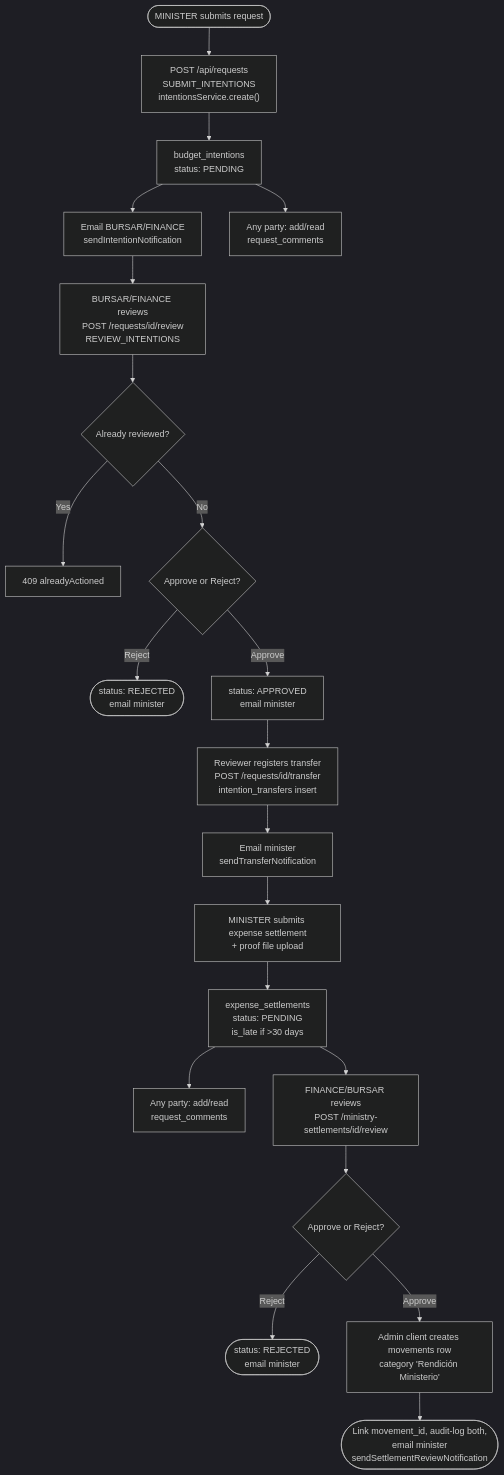
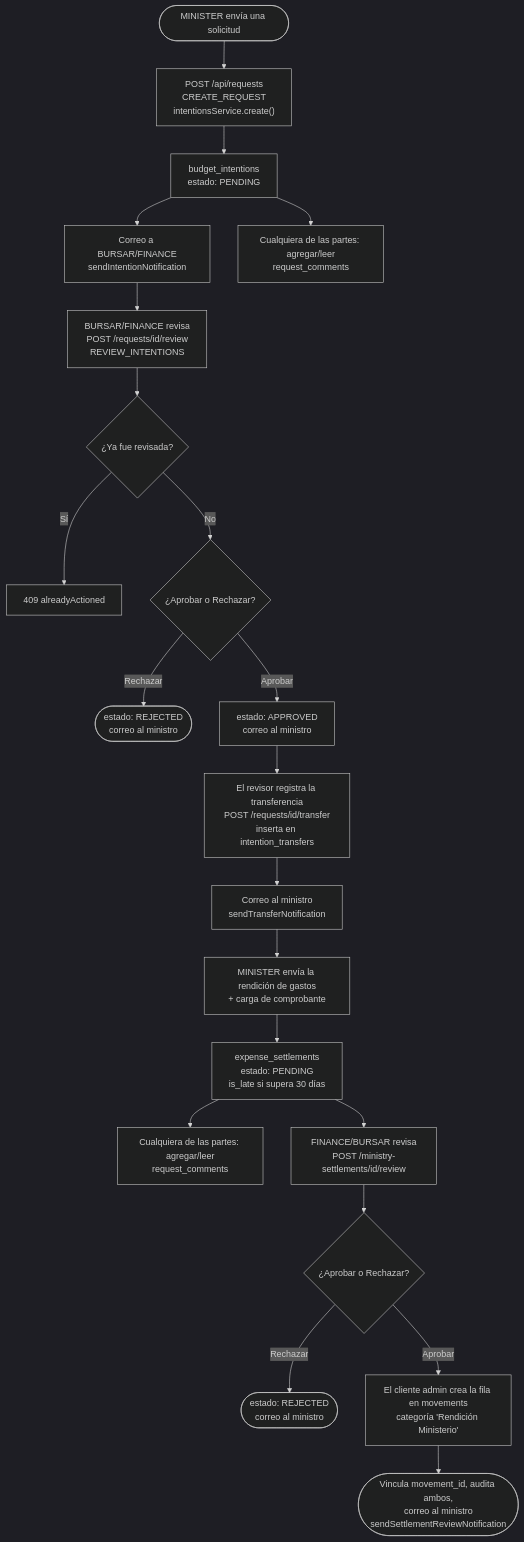
Before and after one commit to Torfel0312/sistema_contable_pibt: the diagram in docs/diagrams/03-requests-flow.md, drawn with Mermaid (dark theme). The commit also changed other lines of this file and 11 other files, not shown here.

Commit message:
docs: refresh roles/permissions/auth docs and translate diagrams to Spanish (#83)

````diff
--- a/docs/diagrams/03-requests-flow.md
+++ b/docs/diagrams/03-requests-flow.md
@@ -3,23 +3,23 @@
 ```mermaid
 flowchart TD
-    A([MINISTER submits request]) --> B["POST /api/requests<br/>SUBMIT_INTENTIONS<br/>intentionsService.create()"]
-    B --> C[budget_intentions<br/>status: PENDING]
-    C --> D[Email BURSAR/FINANCE<br/>sendIntentionNotification]
-    C --> Z1[Any party: add/read<br/>request_comments]
-    D --> E["BURSAR/FINANCE reviews<br/>POST /requests/id/review<br/>REVIEW_INTENTIONS"]
-    E --> F{Already reviewed?}
-    F -->|Yes| G[409 alreadyActioned]
-    F -->|No| H{Approve or Reject?}
-    H -->|Reject| I([status: REJECTED<br/>email minister])
-    H -->|Approve| J[status: APPROVED<br/>email minister]
-    J --> K["Reviewer registers transfer<br/>POST /requests/id/transfer<br/>intention_transfers insert"]
-    K --> L[Email minister<br/>sendTransferNotification]
-    L --> M[MINISTER submits expense settlement<br/>+ proof file upload]
-    M --> N["expense_settlements<br/>status: PENDING<br/>is_late if >30 days"]
-    N --> Z2[Any party: add/read<br/>request_comments]
-    N --> O["FINANCE/BURSAR reviews<br/>POST /ministry-settlements/id/review"]
-    O --> P{Approve or Reject?}
-    P -->|Reject| Q([status: REJECTED<br/>email minister])
-    P -->|Approve| R[Admin client creates movements row<br/>category 'Rendición Ministerio']
-    R --> S([Link movement_id, audit-log both,<br/>email minister<br/>sendSettlementReviewNotification])
+    A(["MINISTER envía una solicitud"]) --> B["POST /api/requests<br/>CREATE_REQUEST<br/>intentionsService.create()"]
+    B --> C[budget_intentions<br/>estado: PENDING]
+    C --> D[Correo a BURSAR/FINANCE<br/>sendIntentionNotification]
+    C --> Z1[Cualquiera de las partes: agregar/leer<br/>request_comments]
+    D --> E["BURSAR/FINANCE revisa<br/>POST /requests/id/review<br/>REVIEW_INTENTIONS"]
+    E --> F{"¿Ya fue revisada?"}
+    F -->|Sí| G[409 alreadyActioned]
+    F -->|No| H{"¿Aprobar o Rechazar?"}
+    H -->|Rechazar| I(["estado: REJECTED<br/>correo al ministro"])
+    H -->|Aprobar| J[estado: APPROVED<br/>correo al ministro]
+    J --> K["El revisor registra la transferencia<br/>POST /requests/id/transfer<br/>inserta en intention_transfers"]
+    K --> L[Correo al ministro<br/>sendTransferNotification]
+    L --> M["MINISTER envía la rendición de gastos<br/>+ carga de comprobante"]
+    M --> N["expense_settlements<br/>estado: PENDING<br/>is_late si supera 30 días"]
+    N --> Z2[Cualquiera de las partes: agregar/leer<br/>request_comments]
+    N --> O["FINANCE/BURSAR revisa<br/>POST /ministry-settlements/id/review"]
+    O --> P{"¿Aprobar o Rechazar?"}
+    P -->|Rechazar| Q(["estado: REJECTED<br/>correo al ministro"])
+    P -->|Aprobar| R[El cliente admin crea la fila en movements<br/>categoría 'Rendición Ministerio']
+    R --> S(["Vincula movement_id, audita ambos,<br/>correo al ministro<br/>sendSettlementReviewNotification"])
 ```
````
